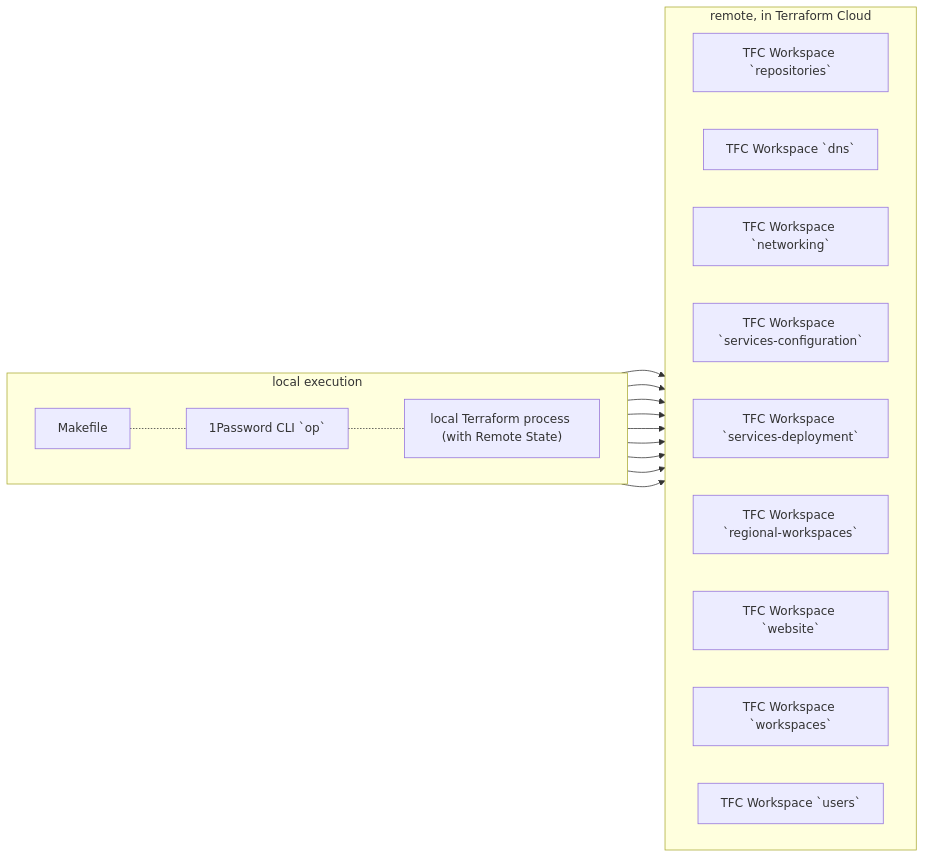
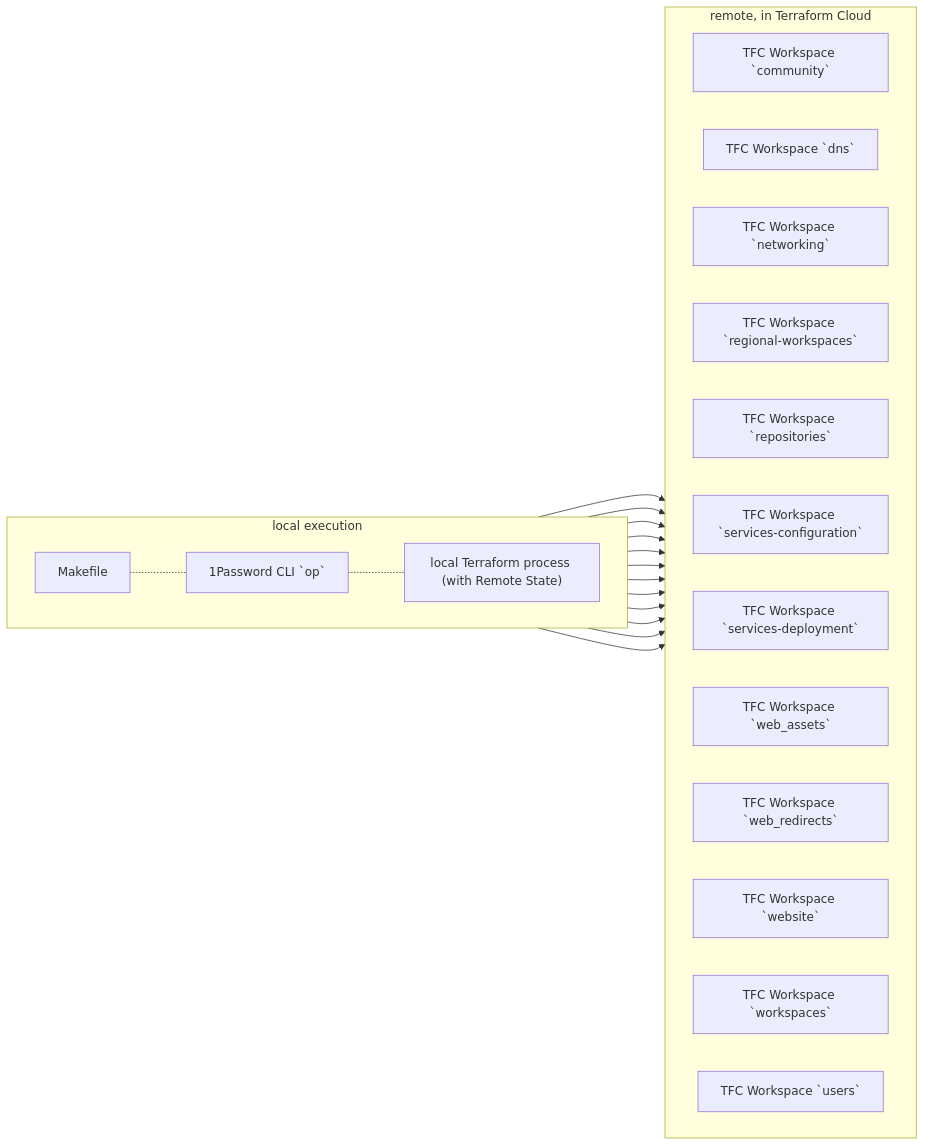
The diagram in README.md (workloads/workspaces), drawn with Mermaid before and after one commit. The commit also changed other lines of this file and 10 other files, not shown here.

````diff
--- a/README.md
+++ b/README.md
@@ -37,30 +40,33 @@
 ```mermaid
 flowchart LR
     subgraph local["local execution"]
         direction LR
 
         makefile["Makefile"]
         opcli["1Password CLI `op`"]
         click opcli "https://developer.1password.com/docs/cli/" "1Password CLI `op`"
 
         terraform["local Terraform process (with Remote State)"]
 
         %% actual connections
         makefile -.- opcli -.- terraform
     end
 
     subgraph remote["remote, in Terraform Cloud"]
         direction LR
 
         %% actual connections
-        terraform --> github-organization["TFC Workspace `repositories`"]
+        terraform --> community["TFC Workspace `community`"]
         terraform --> dns["TFC Workspace `dns`"]
         terraform --> networking["TFC Workspace `networking`"]
+        terraform --> regional-workspaces["TFC Workspace `regional-workspaces`"]
+        terraform --> github-organization["TFC Workspace `repositories`"]
         terraform --> services-configuration["TFC Workspace `services-configuration`"]
         terraform --> services-deployment["TFC Workspace `services-deployment`"]
-        terraform --> regional-workspaces["TFC Workspace `regional-workspaces`"]
+        terraform --> web_assets["TFC Workspace `web_assets`"]
+        terraform --> web_redirects["TFC Workspace `web_redirects`"]
         terraform --> website["TFC Workspace `website`"]
         terraform --> workspaces["TFC Workspace `workspaces`"]
         terraform --> users["TFC Workspace `users`"]
     end
 ```
````
